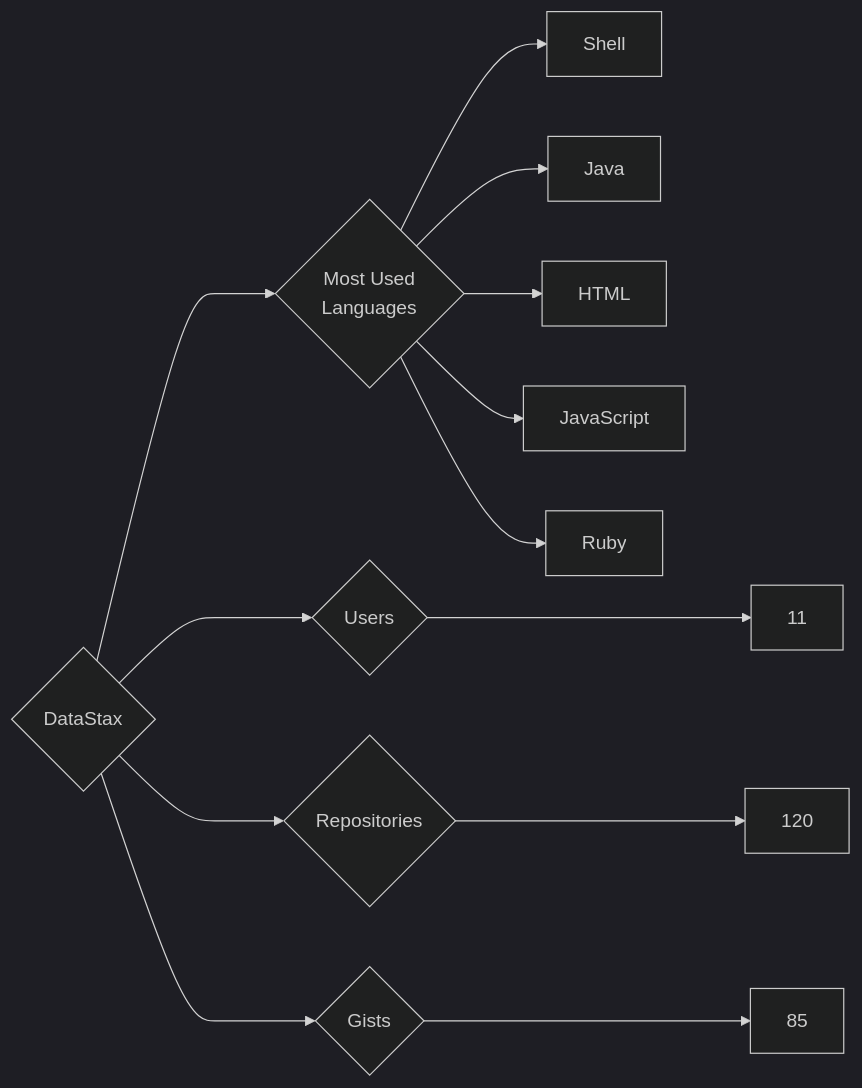
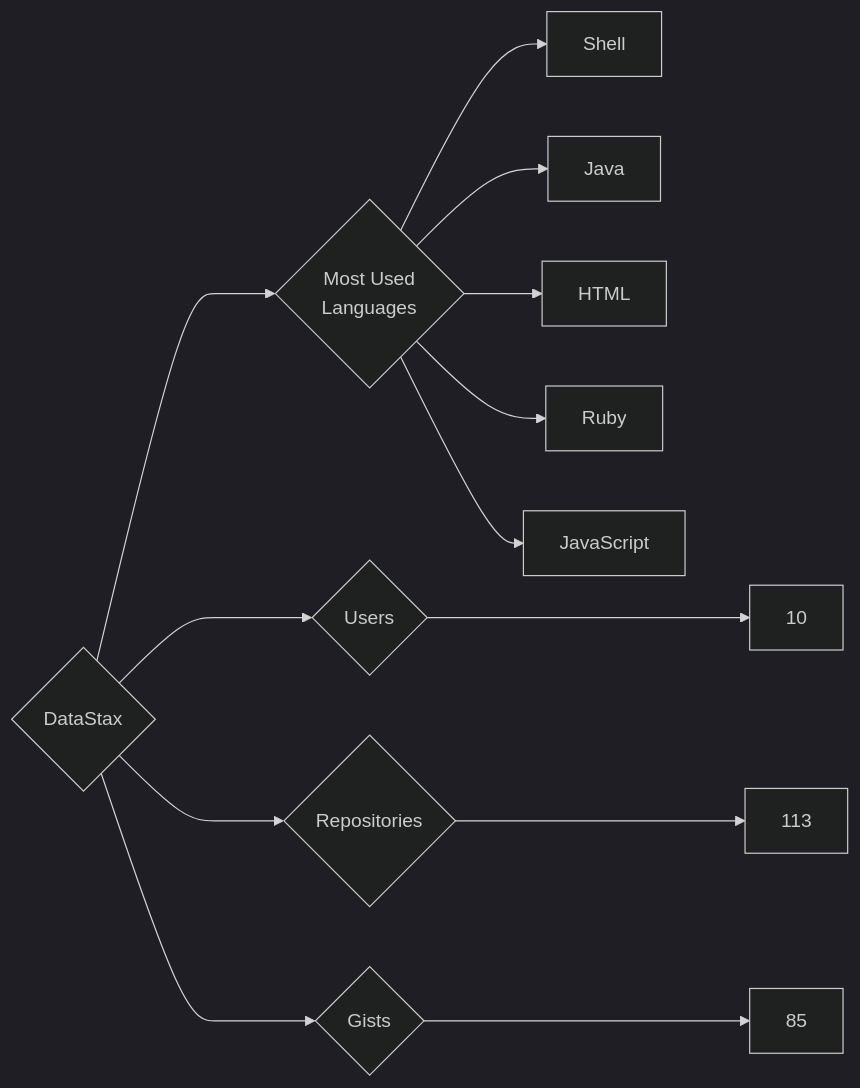
Before and after one commit to trickest/insiders: the diagram in targets/DataStax/README.md, drawn with Mermaid (dark theme). The commit also changed 1030 other files, not shown here.

````diff
--- a/targets/DataStax/README.md
+++ b/targets/DataStax/README.md
@@ -3,13 +3,13 @@
 ```mermaid
 graph LR
 COMPANY_NAME{DataStax}
-COMPANY_NAME ---> U{Users} ---> UN[11]
-COMPANY_NAME ---> R{Repositories} ---> RN[120]
+COMPANY_NAME ---> U{Users} ---> UN[10]
+COMPANY_NAME ---> R{Repositories} ---> RN[113]
 COMPANY_NAME ---> G{Gists} ---> GN[85]
 COMPANY_NAME ---> ML{Most Used<br>Languages}
 ML --> Shell[Shell]
 ML --> Java[Java]
 ML --> HTML[HTML]
+ML --> Ruby[Ruby]
 ML --> JavaScript[JavaScript]
-ML --> Ruby[Ruby]
 ```
````
